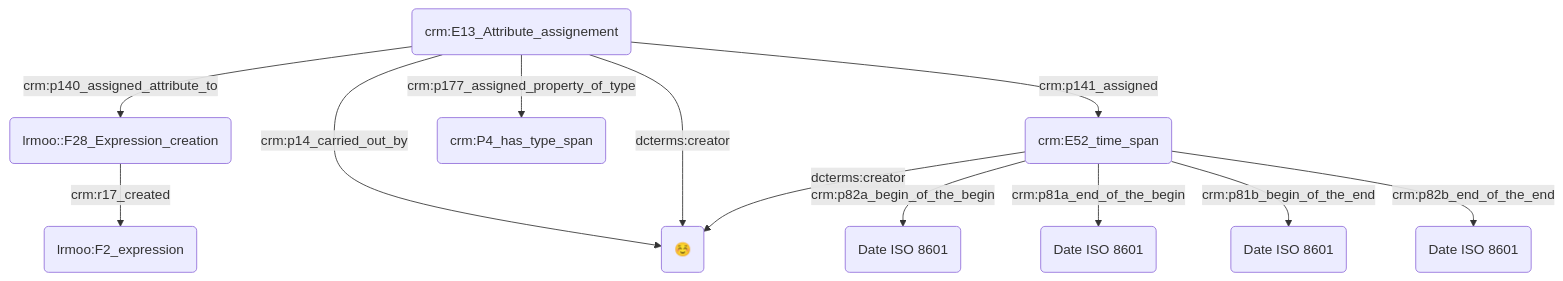
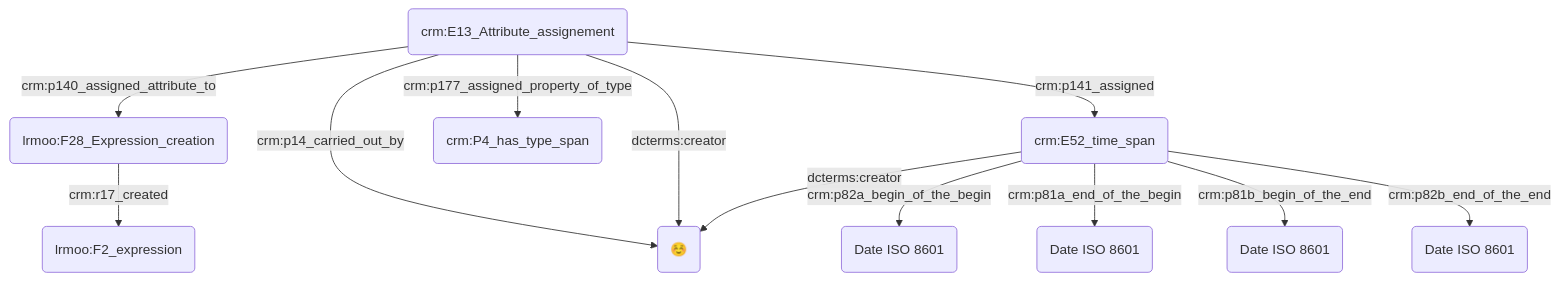
One commit to Amleth/consortium-musica2-gt2-ontologies changed the diagram in modules/dates/2023.09.19_atelier.md. Above: the diagram before and after it, drawn with Mermaid.

````diff
--- a/modules/dates/2023.09.19_atelier.md
+++ b/modules/dates/2023.09.19_atelier.md
@@ -31,16 +31,16 @@
 ```mermaid
 graph TD;
 
 A(lrmoo::F28_Expression_creation) --> |crm:r17_created| B(lrmoo:F2_expression)
-C(crm:E13_Attribute_assignement) --> |crm:p140_assigned_attribute_to| A(lrmoo::F28_Expression_creation)
+C(crm:E13_Attribute_assignement) --> |crm:p140_assigned_attribute_to| A(lrmoo:F28_Expression_creation)
 C(crm:E13_Attribute_assignement) --> |crm:p141_assigned| D(crm:E52_time_span)
 C(crm:E13_Attribute_assignement) --> |crm:p177_assigned_property_of_type| E(crm:P4_has_type_span)
 C(crm:E13_Attribute_assignement) --> |crm:p14_carried_out_by| G("☺️")
 C(crm:E13_Attribute_assignement) --> |dcterms:creator| G("☺️")
 D(crm:E52_time_span) --> |dcterms:creator| G("☺️")
 
 D(crm:E52_time_span) --> |crm:p82a_begin_of_the_begin| F("Date ISO 8601")
 D(crm:E52_time_span) --> |crm:p81a_end_of_the_begin| H("Date ISO 8601")
 D(crm:E52_time_span) --> |crm:p81b_begin_of_the_end| I("Date ISO 8601")
 D(crm:E52_time_span) --> |crm:p82b_end_of_the_end| J("Date ISO 8601")
 ```
````
